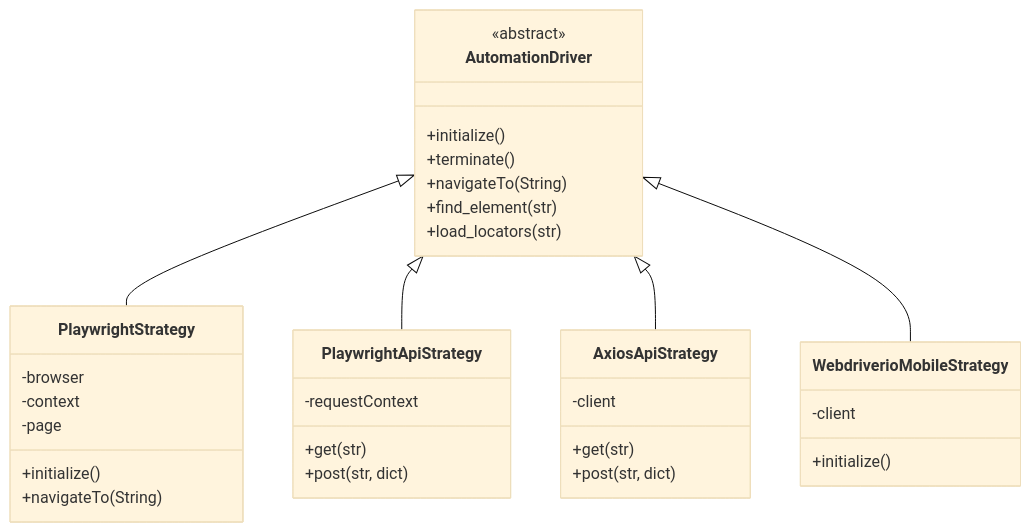
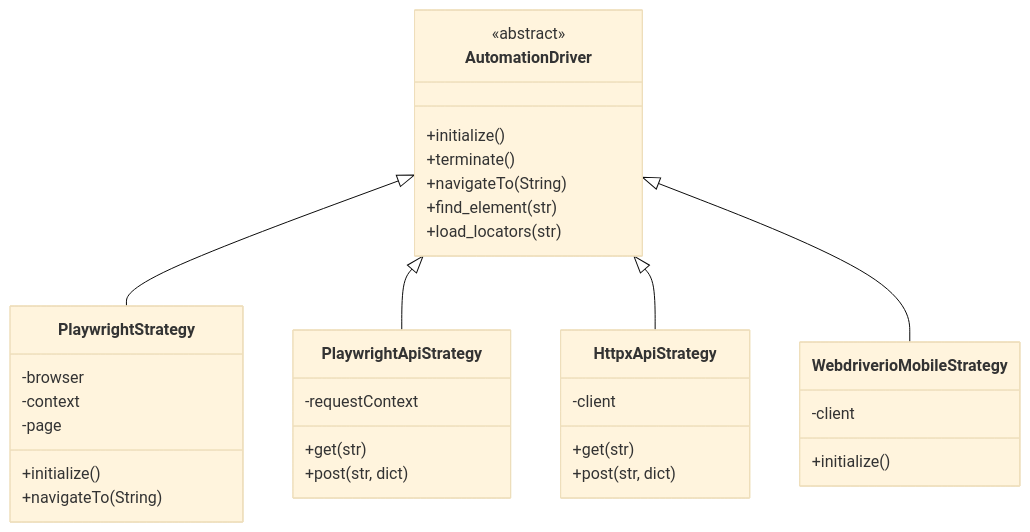
Before and after one commit to vinipx/TAFLEX-PY: the second of 4 diagrams in docs/docs/architecture/overview.md, drawn with Mermaid (base theme). The commit also changed other lines of this file and 10 other files, not shown here.

````diff
--- a/docs/docs/architecture/overview.md
+++ b/docs/docs/architecture/overview.md
@@ -85,41 +85,41 @@
 ```mermaid
 classDiagram
     class AutomationDriver {
         <<abstract>>
         +initialize()
         +terminate()
         +navigateTo(String)
         +find_element(str)
         +load_locators(str)
     }
 
     class PlaywrightStrategy {
         -browser
         -context
         -page
         +initialize()
         +navigateTo(String)
     }
 
     class PlaywrightApiStrategy {
         -requestContext
         +get(str)
         +post(str, dict)
     }
 
     class WebdriverioMobileStrategy {
         -client
         +initialize()
     }
 
-    class AxiosApiStrategy {
+    class HttpxApiStrategy {
         -client
         +get(str)
         +post(str, dict)
     }
 
     AutomationDriver <|-- PlaywrightStrategy
     AutomationDriver <|-- PlaywrightApiStrategy
-    AutomationDriver <|-- AxiosApiStrategy
+    AutomationDriver <|-- HttpxApiStrategy
     AutomationDriver <|-- WebdriverioMobileStrategy
 ```
````
